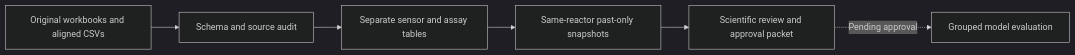
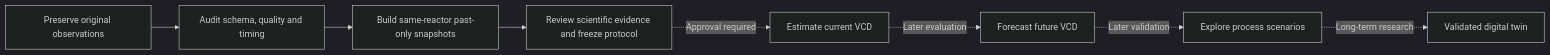
Before and after one commit to Lakshmi-Sindhu-P/BioSynvia: the diagram in README.md, drawn with Mermaid (dark theme). The commit also changed other lines of this file and 91 other files, not shown here.

````diff
--- a/README.md
+++ b/README.md
@@ -20,8 +135,10 @@
 ```mermaid
 flowchart LR
-    A[Original workbooks and aligned CSVs] --> B[Schema and source audit]
-    B --> C[Separate sensor and assay tables]
-    C --> D[Same-reactor past-only snapshots]
-    D --> E[Scientific review and approval packet]
-    E -. Pending approval .-> F[Grouped model evaluation]
+    A[Preserve original observations] --> B[Audit schema, quality and timing]
+    B --> C[Build same-reactor past-only snapshots]
+    C --> D[Review scientific evidence and freeze protocol]
+    D -. Approval required .-> E[Estimate current VCD]
+    E -. Later evaluation .-> F[Forecast future VCD]
+    F -. Later validation .-> G[Explore process scenarios]
+    G -. Long-term research .-> H[Validated digital twin]
 ```
````
